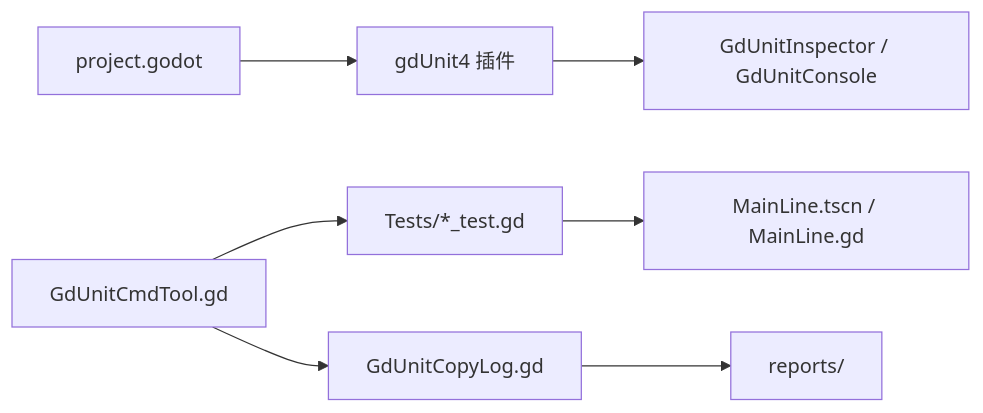
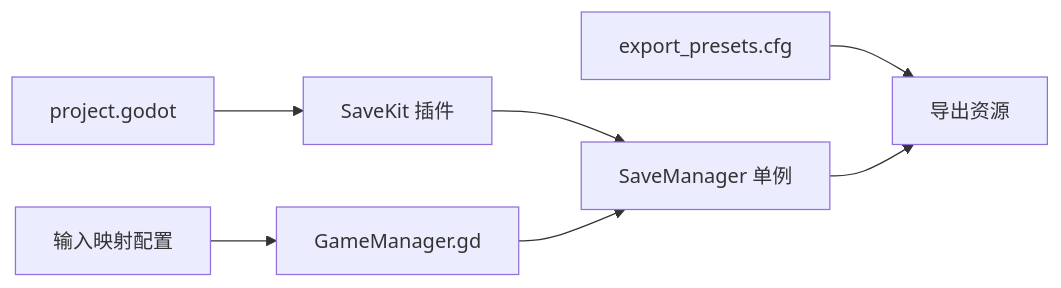
One commit to godotline/godot-line changed the fourth of 4 diagrams in .qoder/repowiki/zh/content/开发工具/开发工具.md. Above: the diagram before and after it, drawn with Mermaid. The commit also changed other lines of this file and 20 other files, not shown here.

````diff
--- a/.qoder/repowiki/zh/content/开发工具/开发工具.md
+++ b/.qoder/repowiki/zh/content/开发工具/开发工具.md
@@ -246,9 +210,9 @@
 ```mermaid
 graph LR
-P["project.godot"] --> PL["gdUnit4 插件"]
-PL --> UI["GdUnitInspector / GdUnitConsole"]
-T["Tests/*_test.gd"] --> M["MainLine.tscn / MainLine.gd"]
-CLI["GdUnitCmdTool.gd"] --> T
-CLI --> LOG["GdUnitCopyLog.gd"]
-LOG --> REP["reports/"]
+P["project.godot"] --> PL["SaveKit 插件"]
+PL --> SM["SaveManager 单例"]
+GM["GameManager.gd"] --> SM
+INPUT["输入映射配置"] --> GM
+EX["export_presets.cfg"] --> RES["导出资源"]
+SM --> RES
 ```
````
